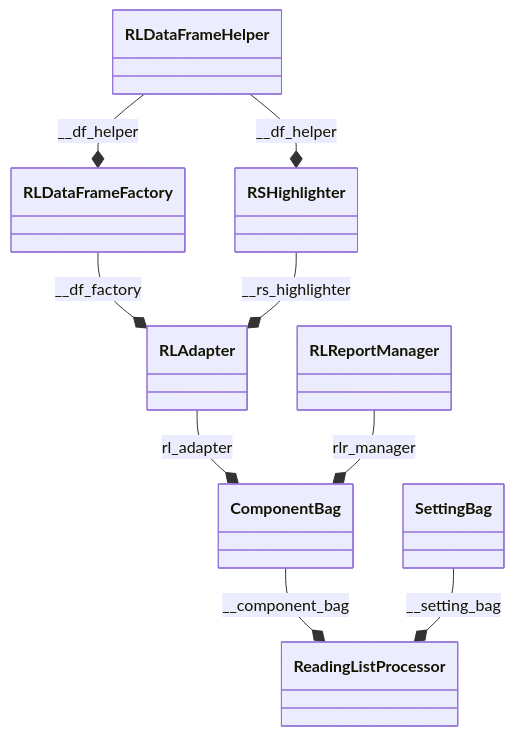
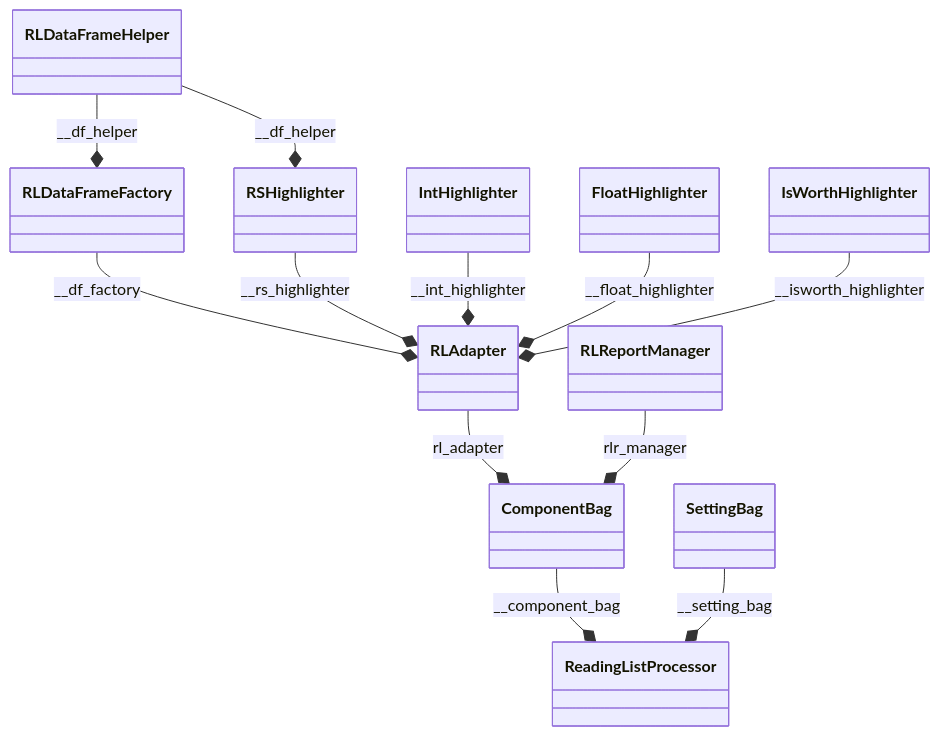
One commit to numbworks/nwreadinglist changed the diagram in docs/Diagrams/Diagram-Architecture.md. Above: the diagram before and after it, drawn with Mermaid. The commit also changed 1 other file, not shown here.

Commit message:
#55 Diagram-Architecture*: updated.

````diff
--- a/docs/Diagrams/Diagram-Architecture.md
+++ b/docs/Diagrams/Diagram-Architecture.md
@@ -1,11 +1,14 @@
 ```mermaid
 classDiagram
   ComponentBag --* ReadingListProcessor : __component_bag
   RLAdapter --* ComponentBag : rl_adapter
   RLDataFrameFactory --* RLAdapter : __df_factory
   RLDataFrameHelper --* RLDataFrameFactory : __df_helper
   RLDataFrameHelper --* RSHighlighter : __df_helper
   RLReportManager --* ComponentBag : rlr_manager
   RSHighlighter --* RLAdapter : __rs_highlighter
+  IntHighlighter --* RLAdapter : __int_highlighter
+  FloatHighlighter --* RLAdapter : __float_highlighter
+  IsWorthHighlighter --* RLAdapter : __isworth_highlighter
   SettingBag --* ReadingListProcessor : __setting_bag
 ```
````
